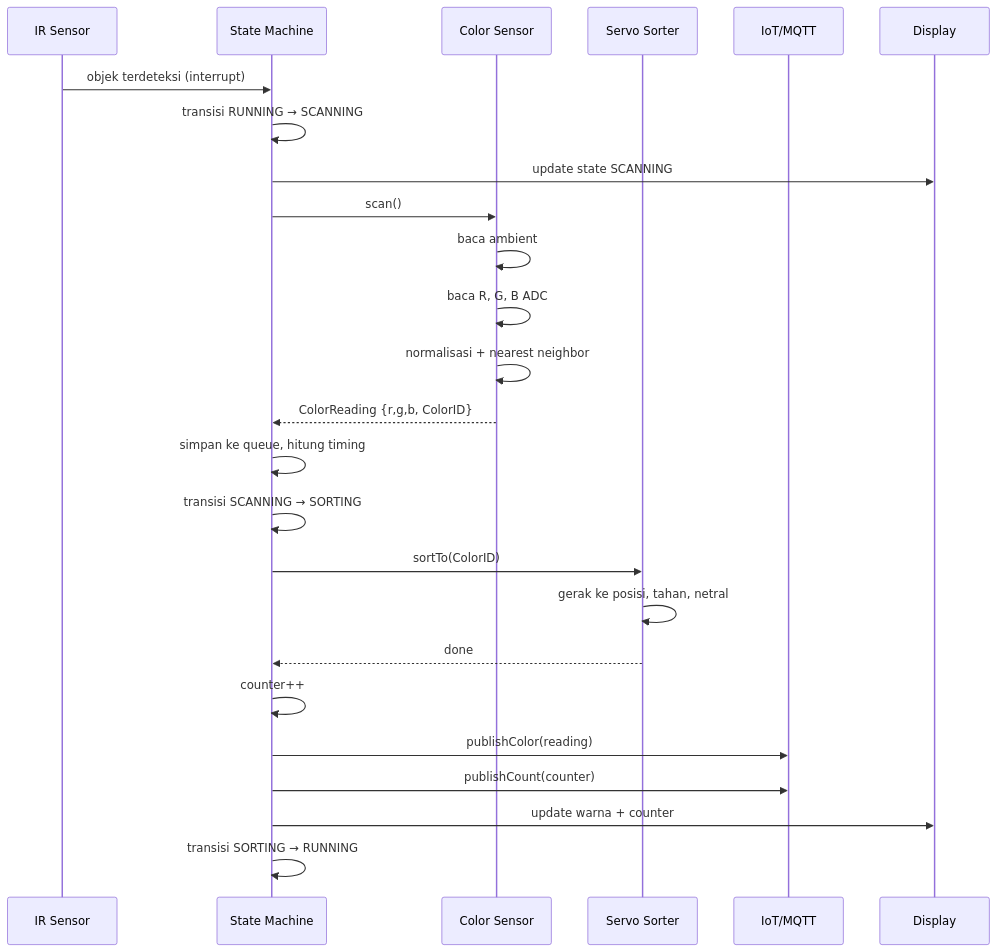
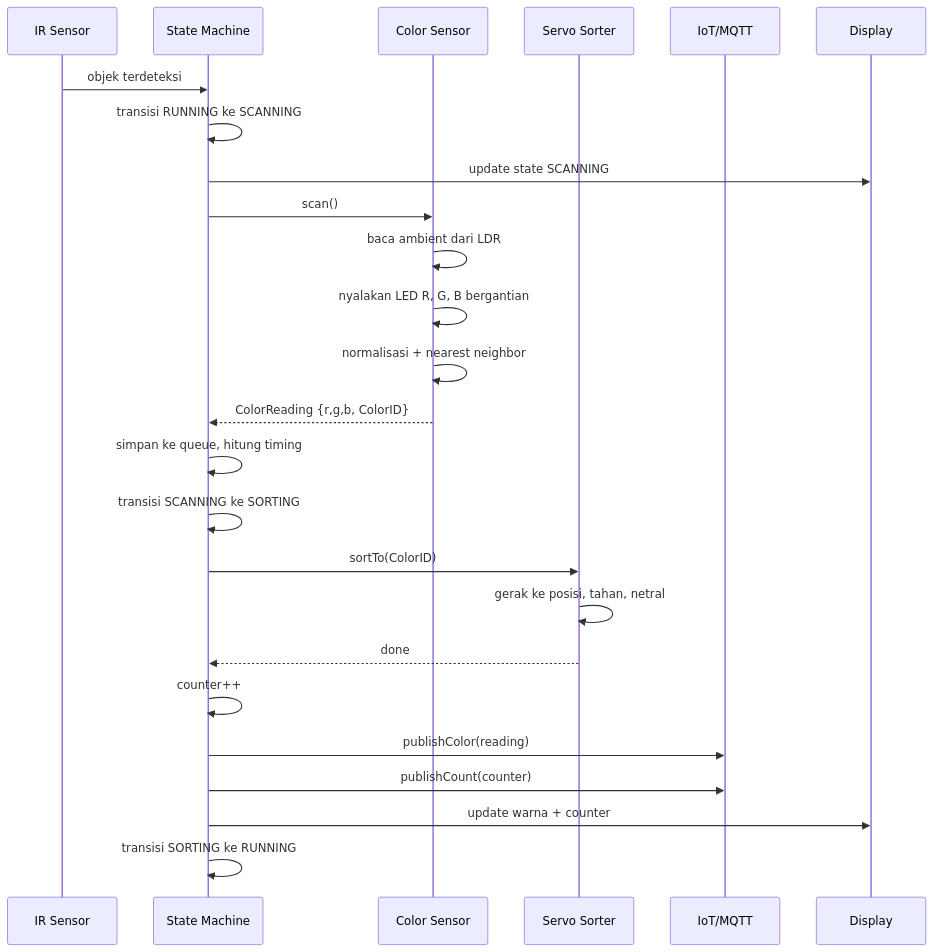
The second of 2 diagrams in Document/system_flow.md (arrvy/tubes-instrumentasi-kelompok-10-2026), drawn with Mermaid before and after one commit. The commit also changed other lines of this file and 19 other files, not shown here.

````diff
--- a/Document/system_flow.md
+++ b/Document/system_flow.md
@@ -80,28 +73,28 @@
 ```mermaid
 sequenceDiagram
     participant IR as IR Sensor
     participant SM as State Machine
     participant CS as Color Sensor
     participant SS as Servo Sorter
     participant IOT as IoT/MQTT
     participant LCD as Display
 
-    IR->>SM: objek terdeteksi (interrupt)
-    SM->>SM: transisi RUNNING → SCANNING
+    IR->>SM: objek terdeteksi
+    SM->>SM: transisi RUNNING ke SCANNING
     SM->>LCD: update state SCANNING
     SM->>CS: scan()
-    CS->>CS: baca ambient
-    CS->>CS: baca R, G, B ADC
+    CS->>CS: baca ambient dari LDR
+    CS->>CS: nyalakan LED R, G, B bergantian
     CS->>CS: normalisasi + nearest neighbor
     CS-->>SM: ColorReading {r,g,b, ColorID}
     SM->>SM: simpan ke queue, hitung timing
-    SM->>SM: transisi SCANNING → SORTING
+    SM->>SM: transisi SCANNING ke SORTING
     SM->>SS: sortTo(ColorID)
     SS->>SS: gerak ke posisi, tahan, netral
     SS-->>SM: done
     SM->>SM: counter++
     SM->>IOT: publishColor(reading)
     SM->>IOT: publishCount(counter)
     SM->>LCD: update warna + counter
-    SM->>SM: transisi SORTING → RUNNING
+    SM->>SM: transisi SORTING ke RUNNING
 ```
````
